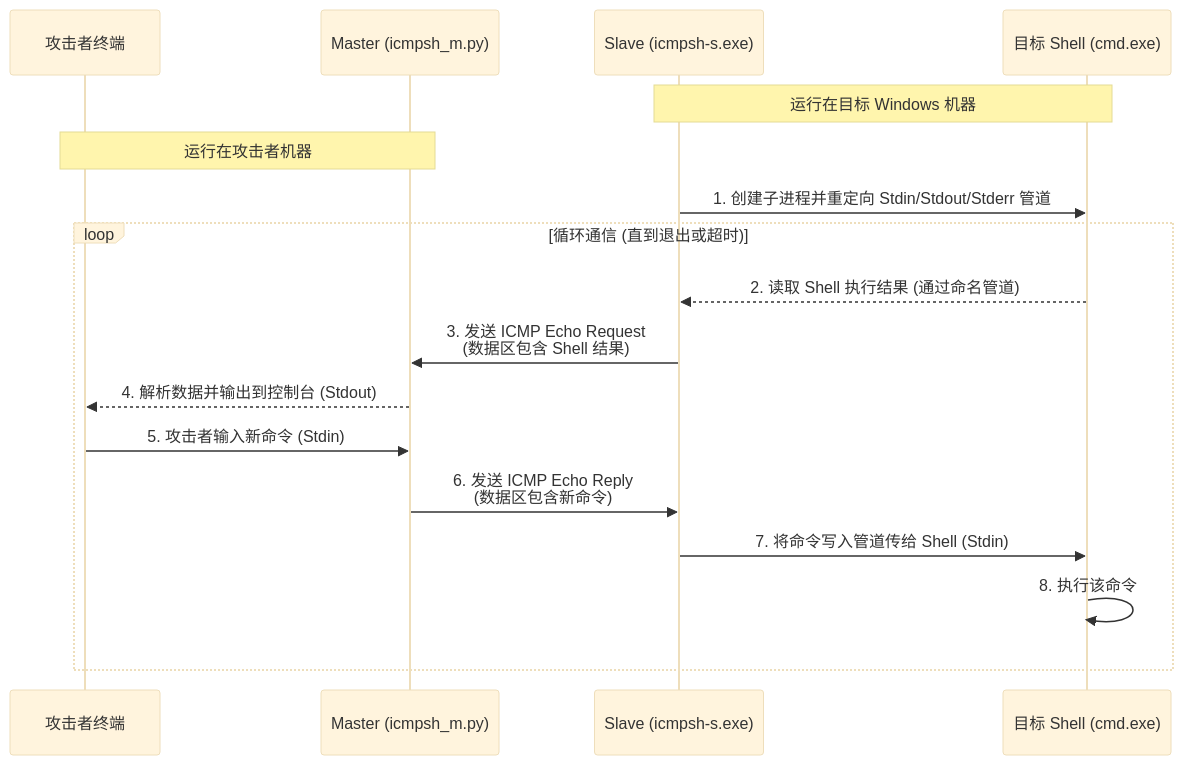
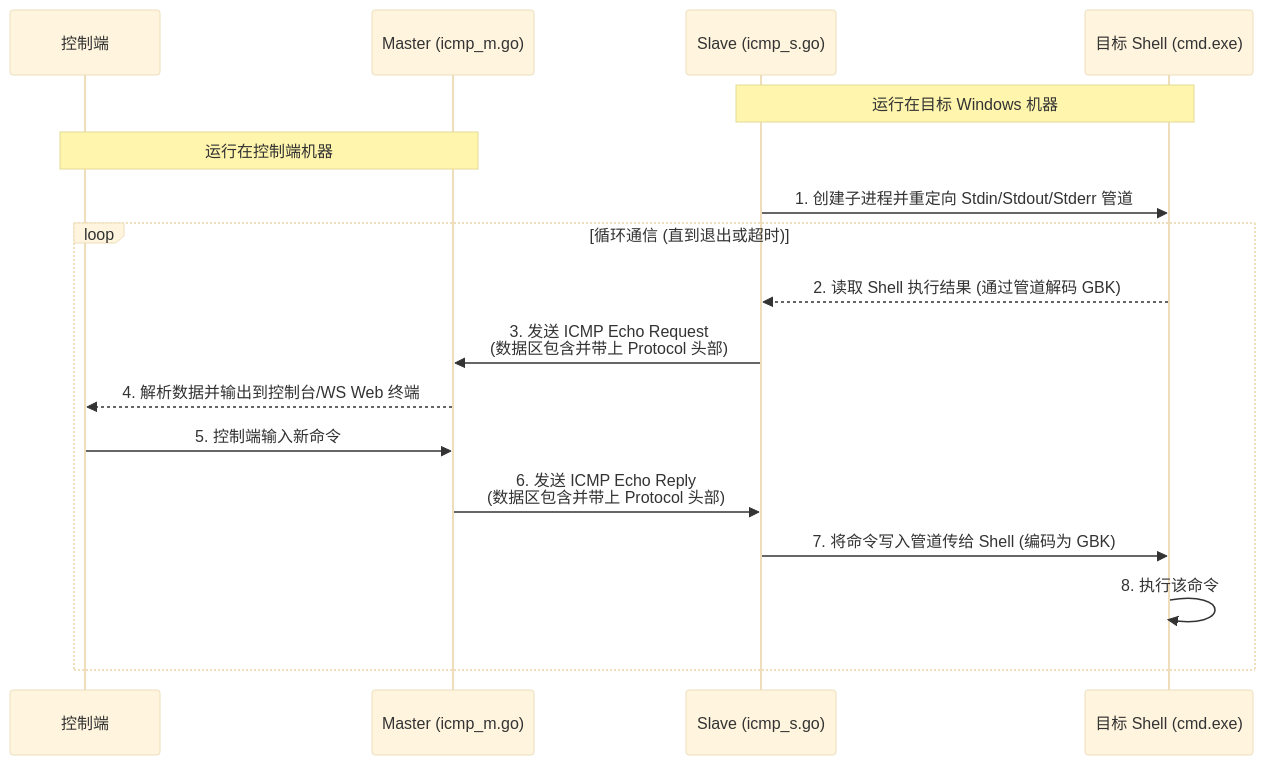
Before and after one commit to medasz/protocol: the second of 2 diagrams in icmp/docs/data_flow.md, drawn with Mermaid (base theme). The commit also changed other lines of this file and 4 other files, not shown here.

Commit message:
docs: add architecture and design documentation for ICMP protocol implementation

````diff
--- a/icmp/docs/data_flow.md
+++ b/icmp/docs/data_flow.md
@@ -43,22 +43,22 @@
 ```mermaid
 sequenceDiagram
-    participant Attacker as 攻击者终端
-    participant Master as Master (icmpsh_m.py)
-    participant Slave as Slave (icmpsh-s.exe)
+    participant Attacker as 控制端
+    participant Master as Master (icmp_m.go)
+    participant Slave as Slave (icmp_s.go)
     participant CMD as 目标 Shell (cmd.exe)
 
     note over Slave, CMD: 运行在目标 Windows 机器
-    note over Attacker, Master: 运行在攻击者机器
+    note over Attacker, Master: 运行在控制端机器
 
     Slave->>CMD: 1. 创建子进程并重定向 Stdin/Stdout/Stderr 管道
     
     loop 循环通信 (直到退出或超时)
-        CMD-->>Slave: 2. 读取 Shell 执行结果 (通过命名管道)
-        Slave->>Master: 3. 发送 ICMP Echo Request<br/>(数据区包含 Shell 结果)
-        Master-->>Attacker: 4. 解析数据并输出到控制台 (Stdout)
-        Attacker->>Master: 5. 攻击者输入新命令 (Stdin)
-        Master->>Slave: 6. 发送 ICMP Echo Reply<br/>(数据区包含新命令)
-        Slave->>CMD: 7. 将命令写入管道传给 Shell (Stdin)
+        CMD-->>Slave: 2. 读取 Shell 执行结果 (通过管道解码 GBK)
+        Slave->>Master: 3. 发送 ICMP Echo Request<br/>(数据区包含并带上 Protocol 头部)
+        Master-->>Attacker: 4. 解析数据并输出到控制台/WS Web 终端
+        Attacker->>Master: 5. 控制端输入新命令
+        Master->>Slave: 6. 发送 ICMP Echo Reply<br/>(数据区包含并带上 Protocol 头部)
+        Slave->>CMD: 7. 将命令写入管道传给 Shell (编码为 GBK)
         CMD->>CMD: 8. 执行该命令
     end
 ```
````
